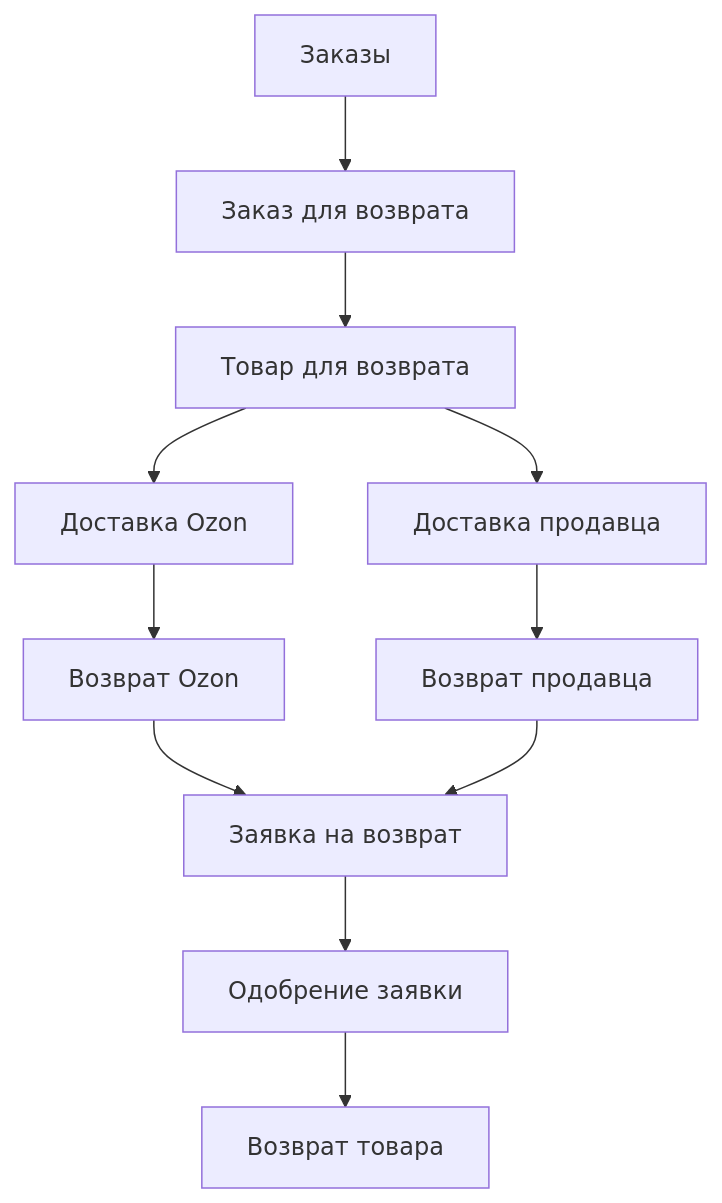
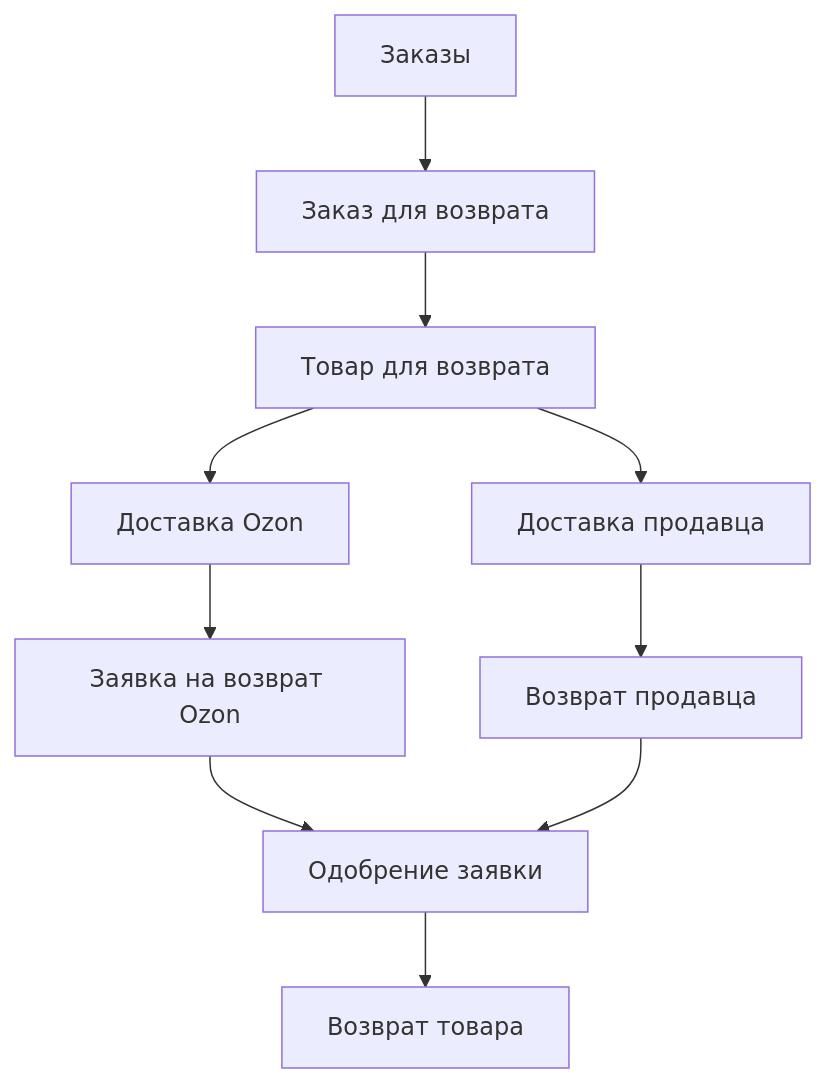
The third of 3 diagrams in test.md (milaserebriakova/ozon_test), drawn with Mermaid before and after one commit.

````diff
--- a/test.md
+++ b/test.md
@@ -29,13 +29,12 @@
 ```mermaid
 flowchart TD
 A[Заказы] --> B[Заказ для возврата]
 B[Заказ для возврата] --> C[Товар для возврата]
 C[Товар для возврата] --> D[Доставка Ozon]
 C[Товар для возврата] --> E[Доставка продавца]
 D[Доставка Ozon] --> F[Заявка на возврат Ozon]
 E[Доставка продавца] --> G[Заявка на возврат продавцу]
-F[Возврат Ozon] --> H[Заявка]
-G[Возврат продавца] --> H[Заявка на возврат]
-H[Заявка на возврат] --> I[Одобрение заявки]
+F[Заявка на возврат Ozon] --> I[Одобрение заявки]
+G[Возврат продавца] --> I[Одобрение заявки]
 I[Одобрение заявки] --> J[Возврат товара]
 ```
````
